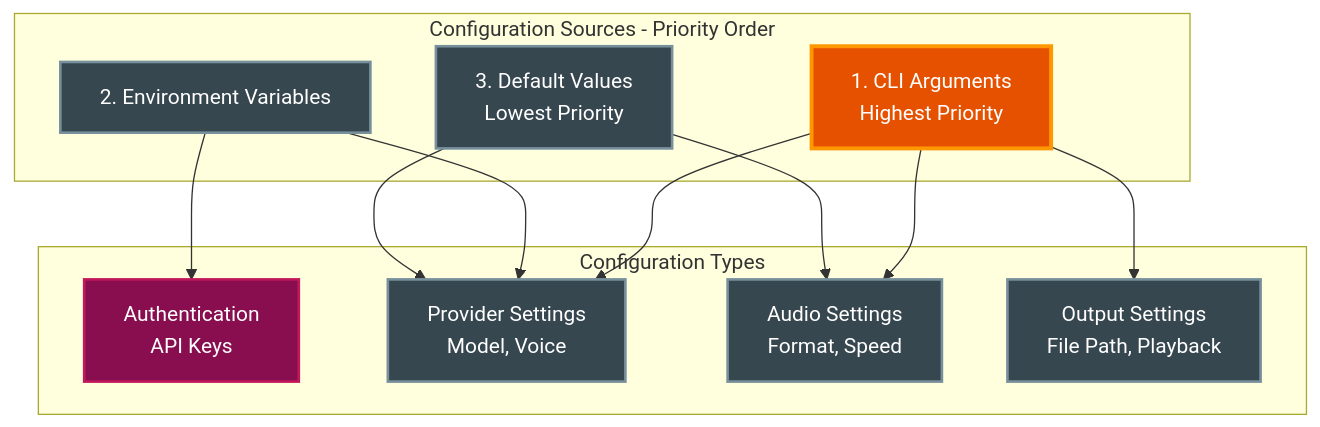
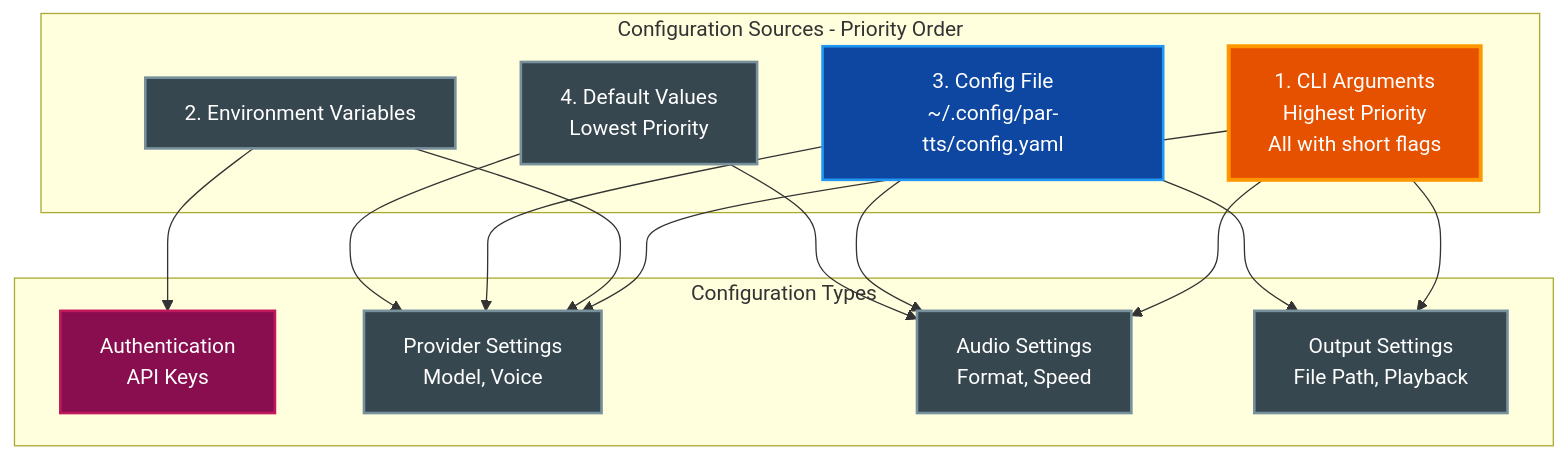
Before and after one commit to paulrobello/par-cli-tts: diagram 11 of 20 in docs/ARCHITECTURE.md, drawn with Mermaid. The commit also changed other lines of this file and 17 other files, not shown here.

````diff
--- a/docs/ARCHITECTURE.md
+++ b/docs/ARCHITECTURE.md
@@ -713,33 +776,39 @@
 ```mermaid
 graph TD
     subgraph "Configuration Sources - Priority Order"
-        CLI[1. CLI Arguments<br/>Highest Priority]
+        CLI[1. CLI Arguments<br/>Highest Priority<br/>All with short flags]
         ENV[2. Environment Variables]
-        DEFAULT[3. Default Values<br/>Lowest Priority]
+        CONF[3. Config File<br/>~/.config/par-tts/config.yaml]
+        DEFAULT[4. Default Values<br/>Lowest Priority]
     end
 
     subgraph "Configuration Types"
         AUTH[Authentication<br/>API Keys]
         PROVIDER[Provider Settings<br/>Model, Voice]
         AUDIO[Audio Settings<br/>Format, Speed]
         OUTPUT[Output Settings<br/>File Path, Playback]
     end
 
     CLI --> PROVIDER
     CLI --> AUDIO
     CLI --> OUTPUT
 
     ENV --> AUTH
     ENV --> PROVIDER
 
+    CONF --> PROVIDER
+    CONF --> AUDIO
+    CONF --> OUTPUT
+
     DEFAULT --> PROVIDER
     DEFAULT --> AUDIO
 
     style CLI fill:#e65100,stroke:#ff9800,stroke-width:3px,color:#ffffff
     style ENV fill:#37474f,stroke:#78909c,stroke-width:2px,color:#ffffff
+    style CONF fill:#0d47a1,stroke:#2196f3,stroke-width:2px,color:#ffffff
     style DEFAULT fill:#37474f,stroke:#78909c,stroke-width:2px,color:#ffffff
     style AUTH fill:#880e4f,stroke:#c2185b,stroke-width:2px,color:#ffffff
     style PROVIDER fill:#37474f,stroke:#78909c,stroke-width:2px,color:#ffffff
     style AUDIO fill:#37474f,stroke:#78909c,stroke-width:2px,color:#ffffff
     style OUTPUT fill:#37474f,stroke:#78909c,stroke-width:2px,color:#ffffff
 ```
````
